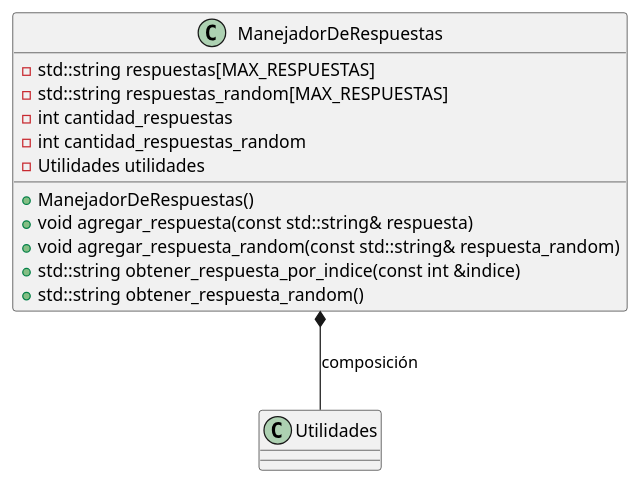
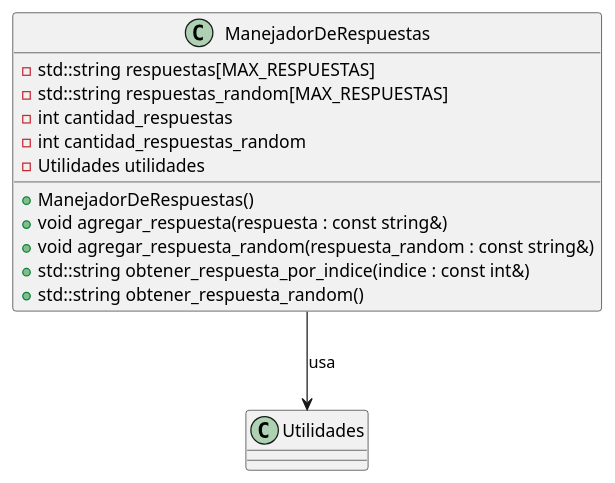
The diagram in Diagramas-UML/ManejadorDeRespuestas.puml (guillsil/Transformers-Game), drawn with PlantUML before and after one commit. The commit also changed 15 other files, not shown here.

Commit message:
Refactor: adapto los uml ya que los mismo con los atributos primero va el nombre y luego el tipo.

```diff
--- a/Diagramas-UML/ManejadorDeRespuestas.puml
+++ b/Diagramas-UML/ManejadorDeRespuestas.puml
@@ -1,23 +1,23 @@
 @startuml
 'https://plantuml.com/class-diagram
 
 class Utilidades
 
 class ManejadorDeRespuestas {
     - std::string respuestas[MAX_RESPUESTAS]
     - std::string respuestas_random[MAX_RESPUESTAS]
     - int cantidad_respuestas
     - int cantidad_respuestas_random
     - Utilidades utilidades
 
     + ManejadorDeRespuestas()
-    + void agregar_respuesta(const std::string& respuesta)
-    + void agregar_respuesta_random(const std::string& respuesta_random)
-    + std::string obtener_respuesta_por_indice(const int &indice)
+    + void agregar_respuesta(respuesta : const string&)
+    + void agregar_respuesta_random(respuesta_random : const string&)
+    + std::string obtener_respuesta_por_indice(indice : const int&)
     + std::string obtener_respuesta_random()
 }
 
 ' Relaciones
-ManejadorDeRespuestas *-- Utilidades : "composición"
+ManejadorDeRespuestas --> Utilidades : "usa"
 
 @enduml
```
